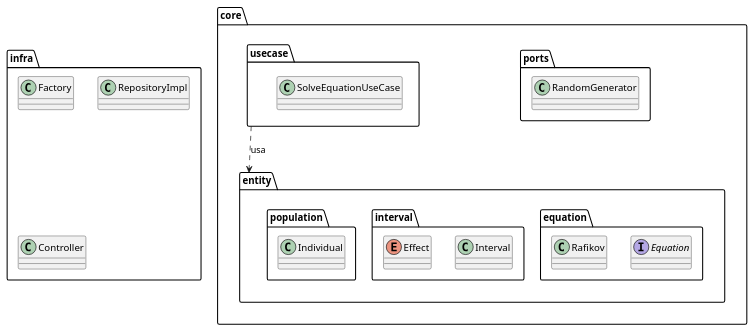
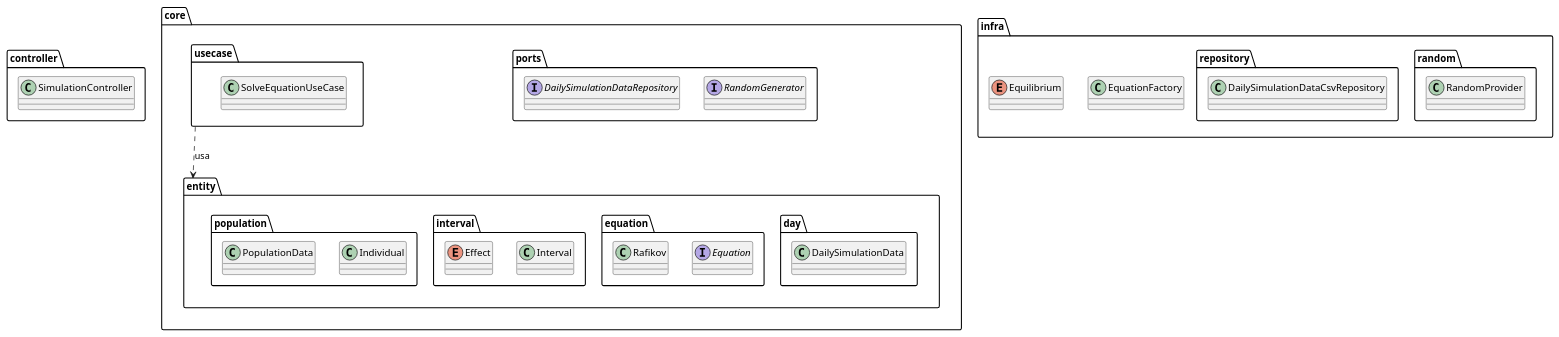
One commit to alexandrendev/broca changed the diagram in docs/diagram.puml. Above: the diagram before and after it, drawn with PlantUML. The commit also changed 15 other files, not shown here.

```diff
--- a/docs/diagram.puml
+++ b/docs/diagram.puml
@@ -1,37 +1,58 @@
 @startuml
 
+package controller{
+    class SimulationController
+}
+
 package core {
+
   package entity {
+
+    package day{
+      class DailySimulationData
+    }
+
     package equation{
         interface Equation
         class Rafikov
     }
+
 
     package interval{
         class Interval
         enum Effect
     }
 
     package population{
         class Individual
+        class PopulationData
     }
   }
 
     package ports{
-        class RandomGenerator
+        interface RandomGenerator
+        interface DailySimulationDataRepository
     }
 
   package usecase {
     class SolveEquationUseCase
   }
 }
 
 package infra {
-  class Factory
-  class RepositoryImpl
-  class Controller
+
+  package random{
+    class RandomProvider
+  }
+
+  package repository{
+    class DailySimulationDataCsvRepository
+  }
+
+  class EquationFactory
+  enum Equilibrium
 }
 
 core.usecase ..> core.entity : usa
 
 @enduml
```
